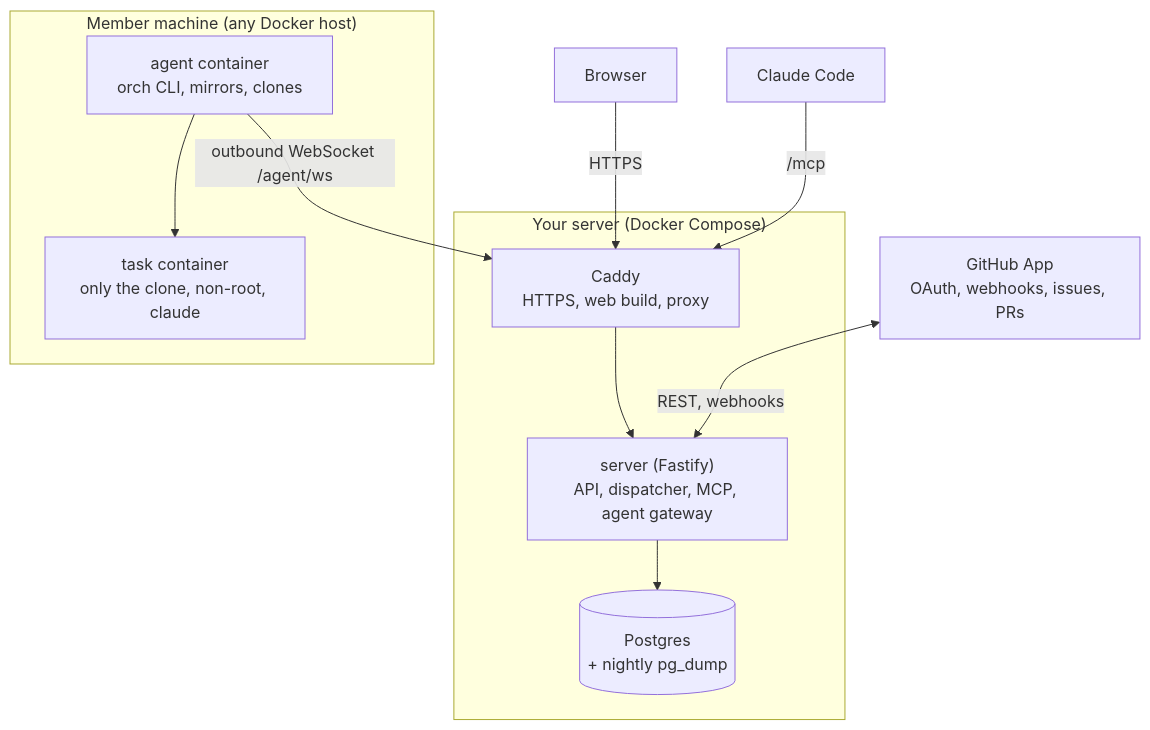
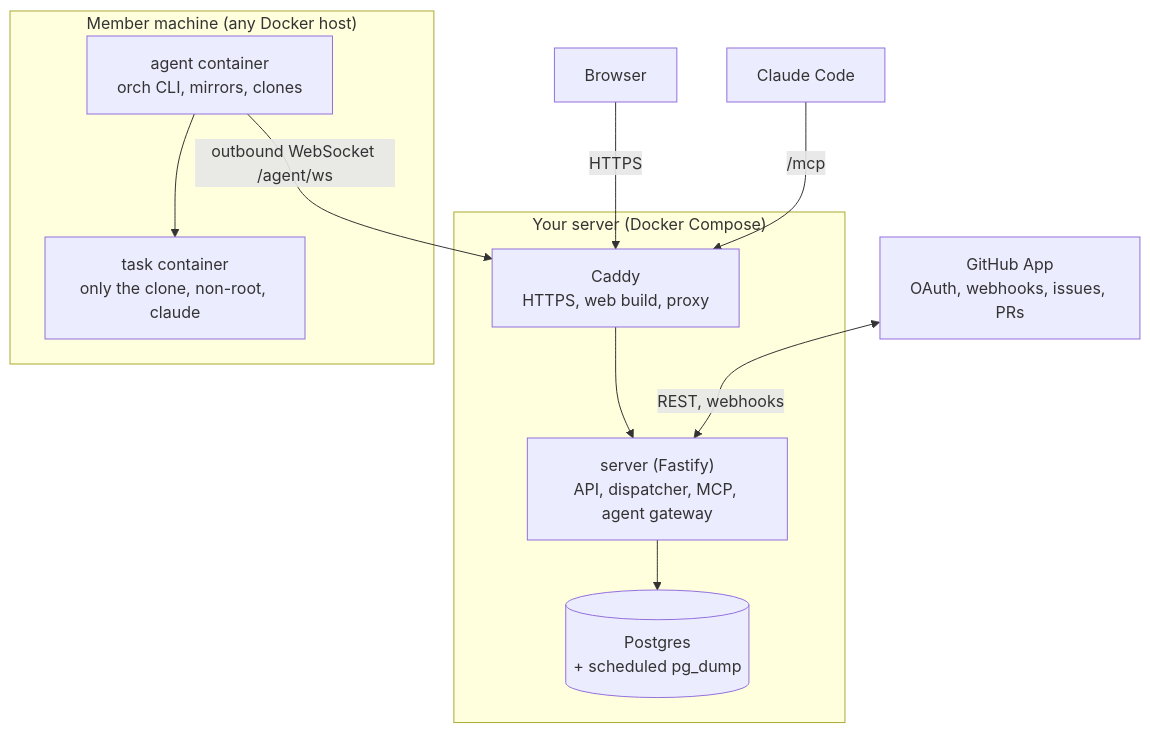
One commit to selfhostr/orch changed the diagram in docs/index.md. Above: the diagram before and after it, drawn with Mermaid. The commit also changed other lines of this file and 18 other files, not shown here.

````diff
--- a/docs/index.md
+++ b/docs/index.md
@@ -11,15 +11,15 @@
 ```{mermaid}
 flowchart TB
     GH["GitHub App<br/>OAuth, webhooks, issues, PRs"]
     subgraph Server["Your server (Docker Compose)"]
         Caddy["Caddy<br/>HTTPS, web build, proxy"] --> API["server (Fastify)<br/>API, dispatcher, MCP, agent gateway"]
-        API --> PG[("Postgres<br/>+ nightly pg_dump")]
+        API --> PG[("Postgres<br/>+ scheduled pg_dump")]
     end
     Browser["Browser"] -->|HTTPS| Caddy
     CC["Claude Code"] -->|"/mcp"| Caddy
     GH <-->|"REST, webhooks"| API
     subgraph Member["Member machine (any Docker host)"]
         Agent["agent container<br/>orch CLI, mirrors, clones"] --> Task["task container<br/>only the clone, non-root, claude"]
     end
     Agent -->|"outbound WebSocket /agent/ws"| Caddy
 ```
````
